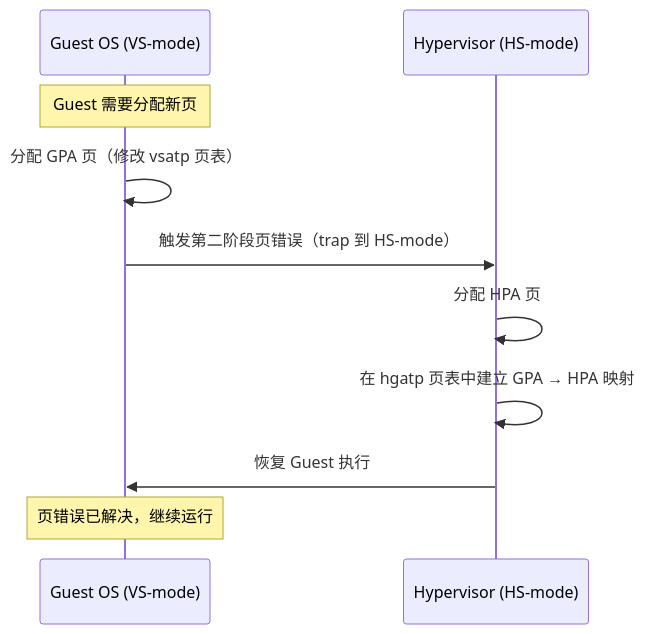
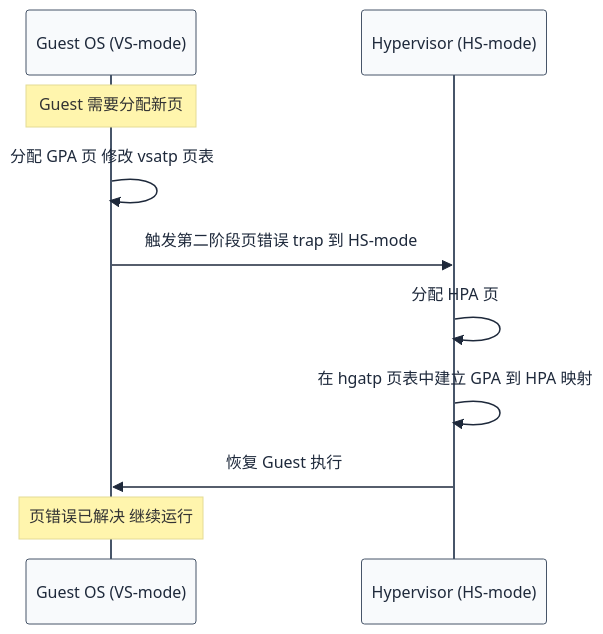
Before and after one commit to swjtuer326/cs-learning-notes: the fifth of 5 diagrams in riscv/03-privileged/memory-management.md, drawn with Mermaid. The commit also changed other lines of this file and 23 other files, not shown here.

````diff
--- a/riscv/03-privileged/memory-management.md
+++ b/riscv/03-privileged/memory-management.md
@@ -432,13 +582,14 @@
 ```mermaid
+%%{init: {"theme": "base", "themeVariables": {"primaryColor": "#f8fafc", "primaryTextColor": "#1e293b", "primaryBorderColor": "#475569", "lineColor": "#64748b", "secondaryColor": "#f1f5f9", "secondaryBorderColor": "#94a3b8", "tertiaryColor": "#f8fafc", "fontFamily": "\"trebuchet ms\", verdana, arial, sans-serif"}}}%%
 sequenceDiagram
     participant G as Guest OS (VS-mode)
     participant H as Hypervisor (HS-mode)
 
     Note over G: Guest 需要分配新页
-    G->>G: 分配 GPA 页（修改 vsatp 页表）
-    G->>H: 触发第二阶段页错误（trap 到 HS-mode）
+    G->>G: 分配 GPA 页 修改 vsatp 页表
+    G->>H: 触发第二阶段页错误 trap 到 HS-mode
     H->>H: 分配 HPA 页
-    H->>H: 在 hgatp 页表中建立 GPA → HPA 映射
+    H->>H: 在 hgatp 页表中建立 GPA 到 HPA 映射
     H->>G: 恢复 Guest 执行
-    Note over G: 页错误已解决，继续运行
+    Note over G: 页错误已解决 继续运行
 ```
````
